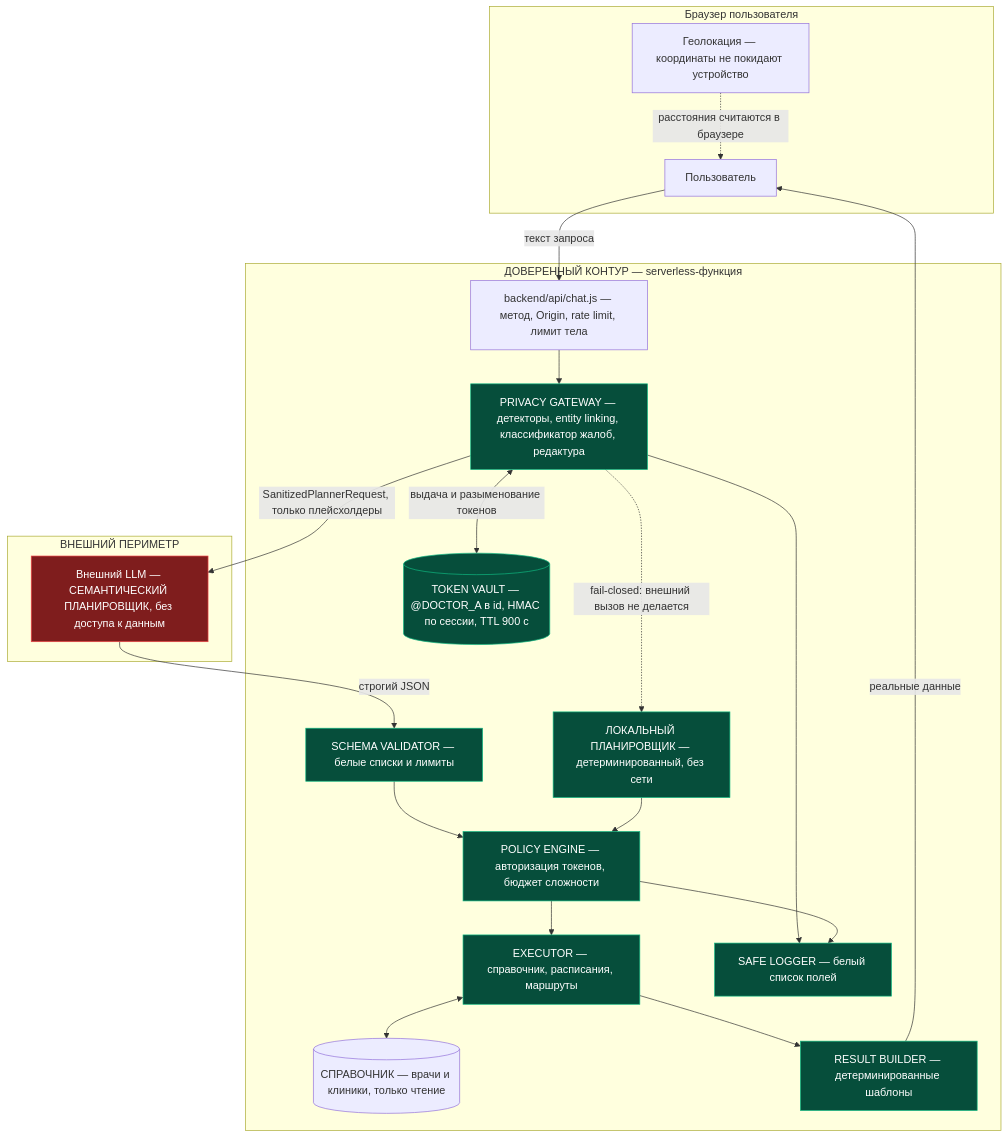
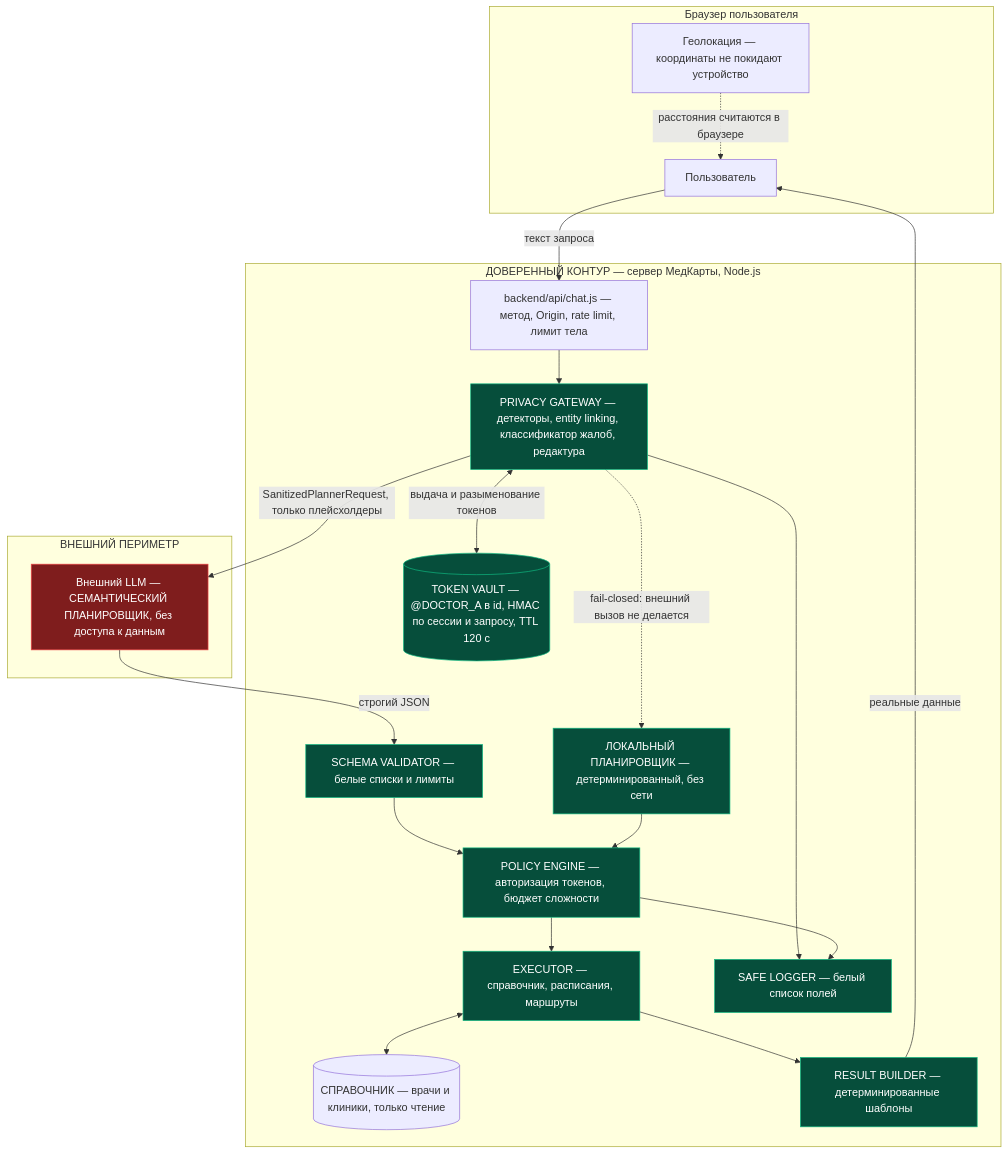
One commit to MaksimMerkushev/MedKarta changed the first of 2 diagrams in docs/privacy-architecture.md. Above: the diagram before and after it, drawn with Mermaid. The commit also changed other lines of this file and 43 other files, not shown here.

````diff
--- a/docs/privacy-architecture.md
+++ b/docs/privacy-architecture.md
@@ -21,45 +21,45 @@
 ```mermaid
 flowchart TB
     subgraph browser["Браузер пользователя"]
         U["Пользователь"]
         GEO["Геолокация — координаты не покидают устройство"]
     end
 
-    subgraph trusted["ДОВЕРЕННЫЙ КОНТУР — serverless-функция"]
+    subgraph trusted["ДОВЕРЕННЫЙ КОНТУР — сервер МедКарты, Node.js"]
         API["backend/api/chat.js — метод, Origin, rate limit, лимит тела"]
         GW["PRIVACY GATEWAY — детекторы, entity linking, классификатор жалоб, редактура"]
-        VAULT[("TOKEN VAULT — @DOCTOR_A в id, HMAC по сессии, TTL 900 c")]
+        VAULT[("TOKEN VAULT — @DOCTOR_A в id, HMAC по сессии и запросу, TTL 120 c")]
         LOCAL["ЛОКАЛЬНЫЙ ПЛАНИРОВЩИК — детерминированный, без сети"]
         VAL["SCHEMA VALIDATOR — белые списки и лимиты"]
         POL["POLICY ENGINE — авторизация токенов, бюджет сложности"]
         EXEC["EXECUTOR — справочник, расписания, маршруты"]
         CAT[("СПРАВОЧНИК — врачи и клиники, только чтение")]
         RES["RESULT BUILDER — детерминированные шаблоны"]
         LOG["SAFE LOGGER — белый список полей"]
     end
 
     subgraph external["ВНЕШНИЙ ПЕРИМЕТР"]
         LLM["Внешний LLM — СЕМАНТИЧЕСКИЙ ПЛАНИРОВЩИК, без доступа к данным"]
     end
 
     U -->|"текст запроса"| API
     API --> GW
     GW <-->|"выдача и разыменование токенов"| VAULT
     GW -->|"SanitizedPlannerRequest, только плейсхолдеры"| LLM
     GW -.->|"fail-closed: внешний вызов не делается"| LOCAL
     LLM -->|"строгий JSON"| VAL
     VAL --> POL
     LOCAL --> POL
     POL --> EXEC
     EXEC <--> CAT
     EXEC --> RES
     RES -->|"реальные данные"| U
     GEO -.->|"расстояния считаются в браузере"| U
     GW --> LOG
     POL --> LOG
 
     classDef ext fill:#7f1d1d,stroke:#ef4444,color:#fff
     classDef tru fill:#064e3b,stroke:#10b981,color:#fff
     class LLM ext
     class GW,VAULT,VAL,POL,EXEC,RES,LOCAL,LOG tru
 ```
````
